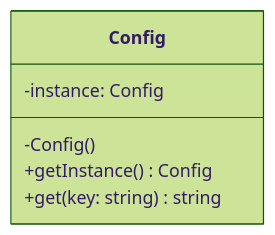
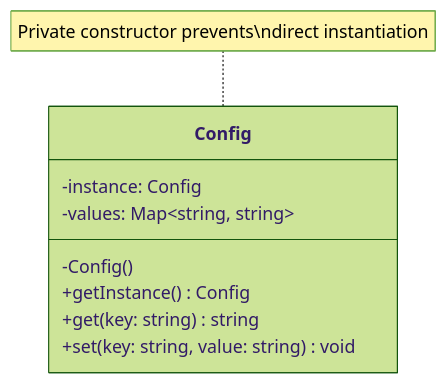
The diagram in docs/design-patterns/creational/singleton.md (shivam-g-mishra/blog), drawn with Mermaid (forest theme) before and after one commit. The commit also changed other lines of this file and 31 other files, not shown here.

````diff
--- a/docs/design-patterns/creational/singleton.md
+++ b/docs/design-patterns/creational/singleton.md
@@ -60,9 +77,13 @@
 ```mermaid
 classDiagram
-  class Config {
-    -instance: Config
-    -Config()
-    +getInstance() Config
-    +get(key: string) string
-  }
+    class Config {
+        -instance: Config
+        -values: Map~string, string~
+        -Config()
+        +getInstance() Config
+        +get(key: string) string
+        +set(key: string, value: string) void
+    }
+    
+    note for Config "Private constructor prevents\ndirect instantiation"
 ```
````
